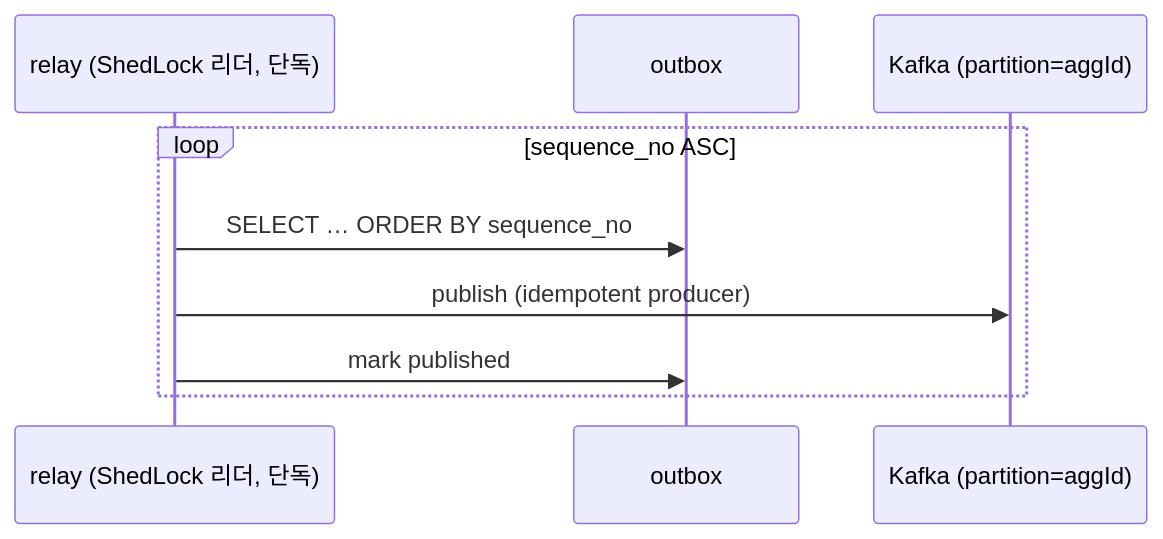
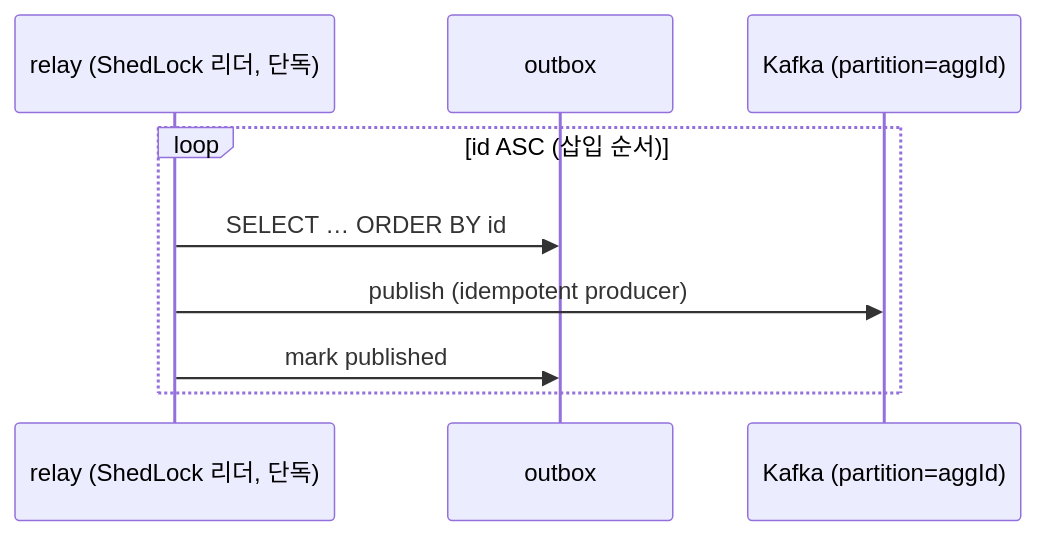
The first of 2 diagrams in docs/v2/design_doc/DESIGN-020-ordering-and-failure-handling.md (newkayak12/prototype-reservation-system), drawn with Mermaid before and after one commit. The commit also changed other lines of this file and 110 other files, not shown here.

````diff
--- a/docs/v2/design_doc/DESIGN-020-ordering-and-failure-handling.md
+++ b/docs/v2/design_doc/DESIGN-020-ordering-and-failure-handling.md
@@ -25,11 +25,11 @@
 ```mermaid
 sequenceDiagram
     participant R as relay (ShedLock 리더, 단독)
     participant O as outbox
     participant K as Kafka (partition=aggId)
-    loop sequence_no ASC
-        R->>O: SELECT … ORDER BY sequence_no
+    loop id ASC (삽입 순서)
+        R->>O: SELECT … ORDER BY id
         R->>K: publish (idempotent producer)
         R->>O: mark published
     end
 ```
````
